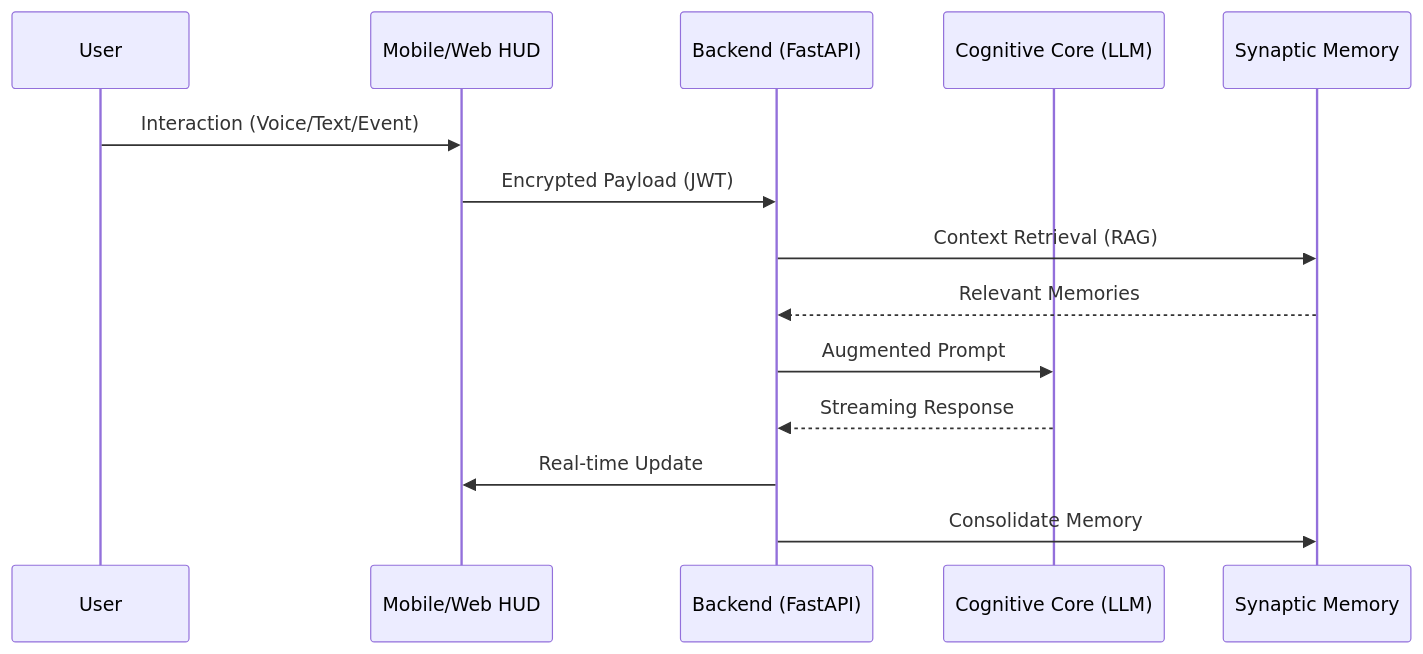
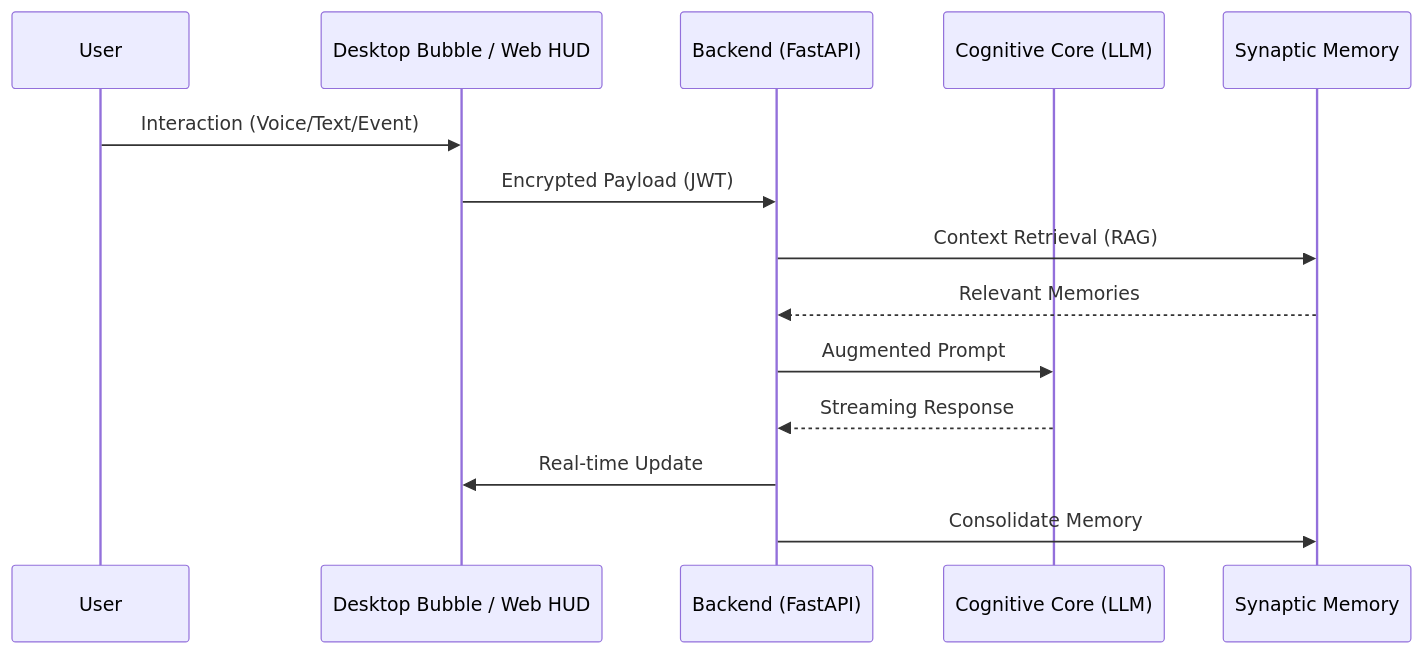
One commit to zeusinfra/NEXUS changed the second of 2 diagrams in README.md. Above: the diagram before and after it, drawn with Mermaid. The commit also changed other lines of this file and 89 other files, not shown here.

````diff
--- a/README.md
+++ b/README.md
@@ -43,17 +43,17 @@
 ```mermaid
 sequenceDiagram
     participant U as User
-    participant H as Mobile/Web HUD
+    participant H as Desktop Bubble / Web HUD
     participant B as Backend (FastAPI)
     participant C as Cognitive Core (LLM)
     participant M as Synaptic Memory
 
     U->>H: Interaction (Voice/Text/Event)
     H->>B: Encrypted Payload (JWT)
     B->>M: Context Retrieval (RAG)
     M-->>B: Relevant Memories
     B->>C: Augmented Prompt
     C-->>B: Streaming Response
     B->>H: Real-time Update
     B->>M: Consolidate Memory
 ```
````
